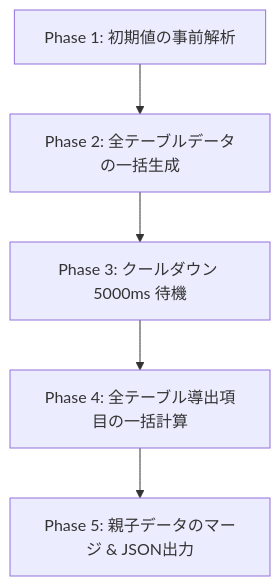
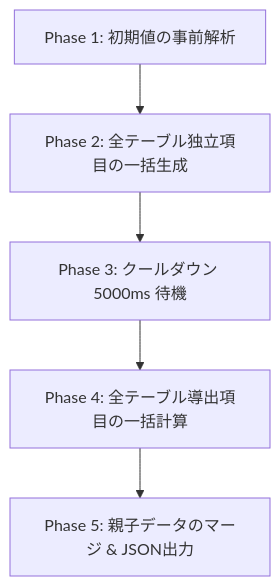
One commit to yokota101010/SchemaDesigner changed the diagram in README.md. Above: the diagram before and after it, drawn with Mermaid. The commit also changed other lines of this file and 1 other file, not shown here.

Commit message:
docs: add tutorial specification and update SchemaDesigner README documentation

````diff
--- a/README.md
+++ b/README.md
@@ -136,7 +137,7 @@
 ```mermaid
 graph TD
-    A[Phase 1: 初期値の事前解析] --> B[Phase 2: 全テーブルデータの一括生成]
+    A[Phase 1: 初期値の事前解析] --> B[Phase 2: 全テーブル独立項目の一括生成]
     B --> C[Phase 3: クールダウン 5000ms 待機]
     C --> D[Phase 4: 全テーブル導出項目の一括計算]
     D --> E[Phase 5: 親子データのマージ & JSON出力]
 ```
````
